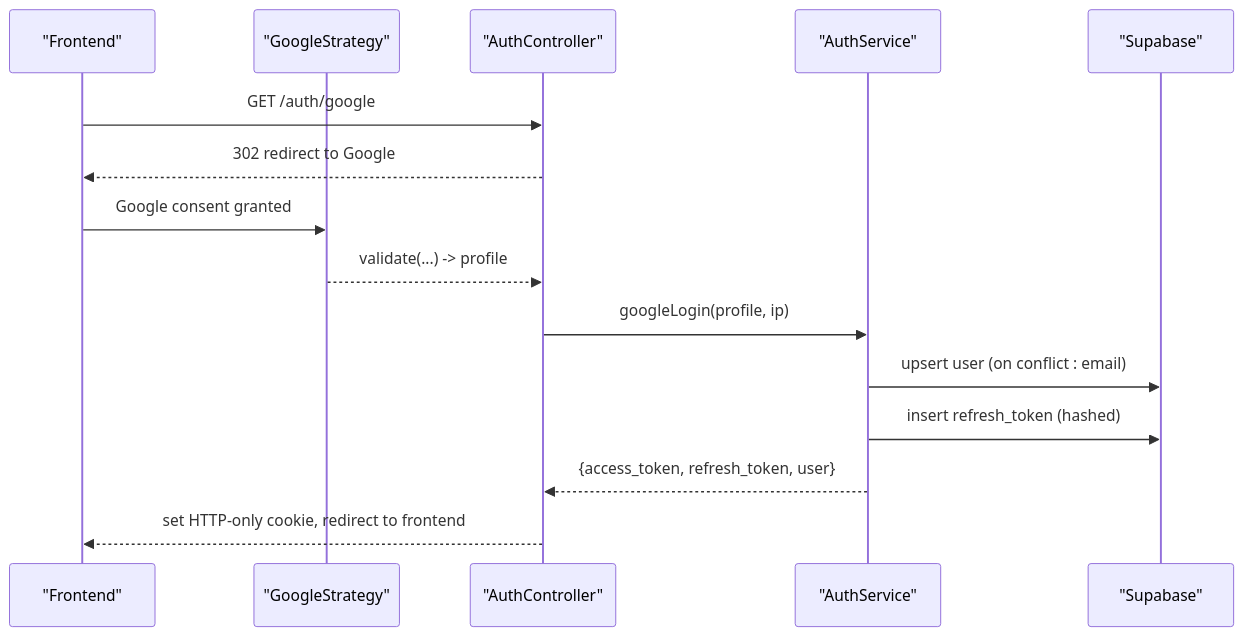
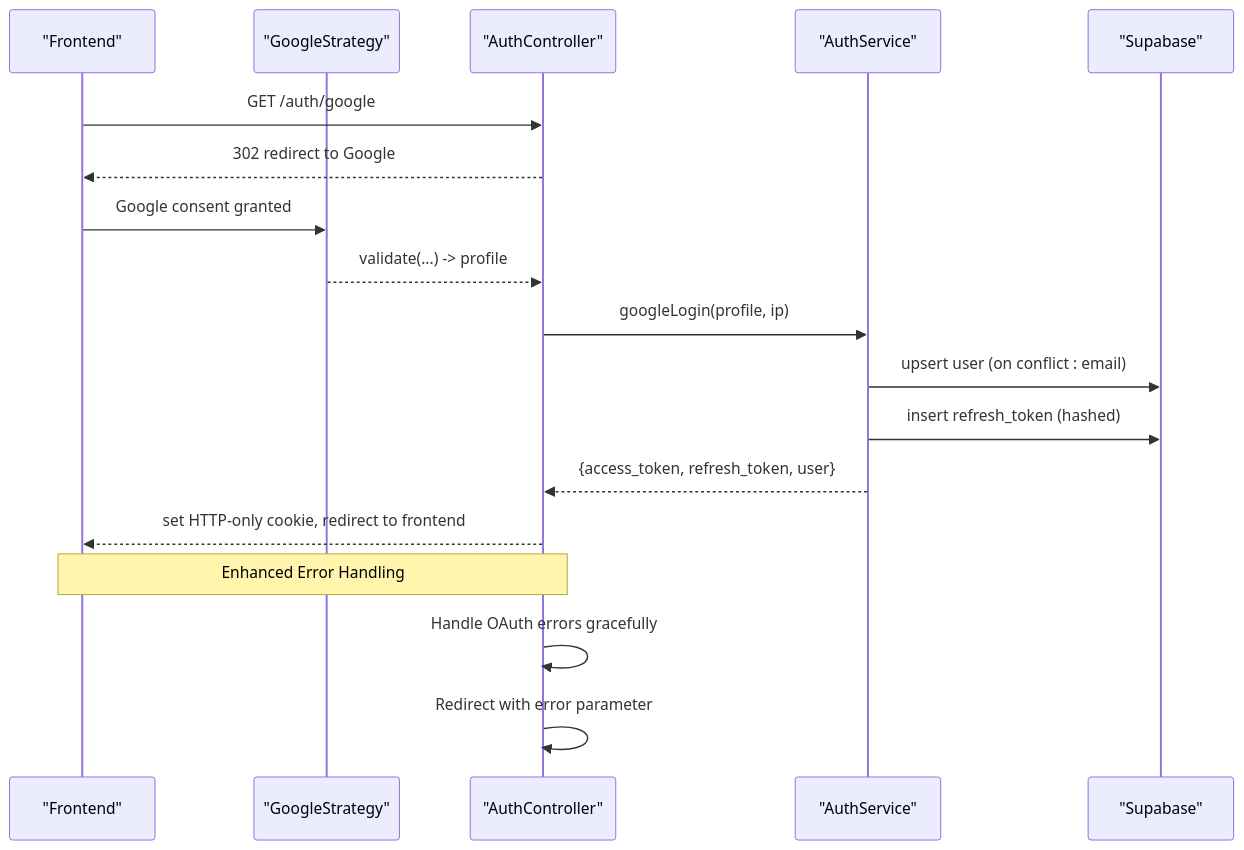
Before and after one commit to devonxjz/MissLost: the fourth of 9 diagrams in .qoder/repowiki/en/content/Project Overview/Core Features/User Authentication & Authorization.md, drawn with Mermaid. The commit also changed other lines of this file and 12 other files, not shown here.

````diff
--- a/.qoder/repowiki/en/content/Project Overview/Core Features/User Authentication & Authorization.md
+++ b/.qoder/repowiki/en/content/Project Overview/Core Features/User Authentication & Authorization.md
@@ -223,17 +260,20 @@
 ```mermaid
 sequenceDiagram
 participant FE as "Frontend"
 participant GC as "GoogleStrategy"
 participant AC as "AuthController"
 participant AS as "AuthService"
 participant SPB as "Supabase"
 FE->>AC : GET /auth/google
 AC-->>FE : 302 redirect to Google
 FE->>GC : Google consent granted
 GC-->>AC : validate(...) -> profile
 AC->>AS : googleLogin(profile, ip)
 AS->>SPB : upsert user (on conflict : email)
 AS->>SPB : insert refresh_token (hashed)
 AS-->>AC : {access_token, refresh_token, user}
 AC-->>FE : set HTTP-only cookie, redirect to frontend
+Note over FE,AC : Enhanced Error Handling
+AC->>AC : Handle OAuth errors gracefully
+AC->>AC : Redirect with error parameter
 ```
````
